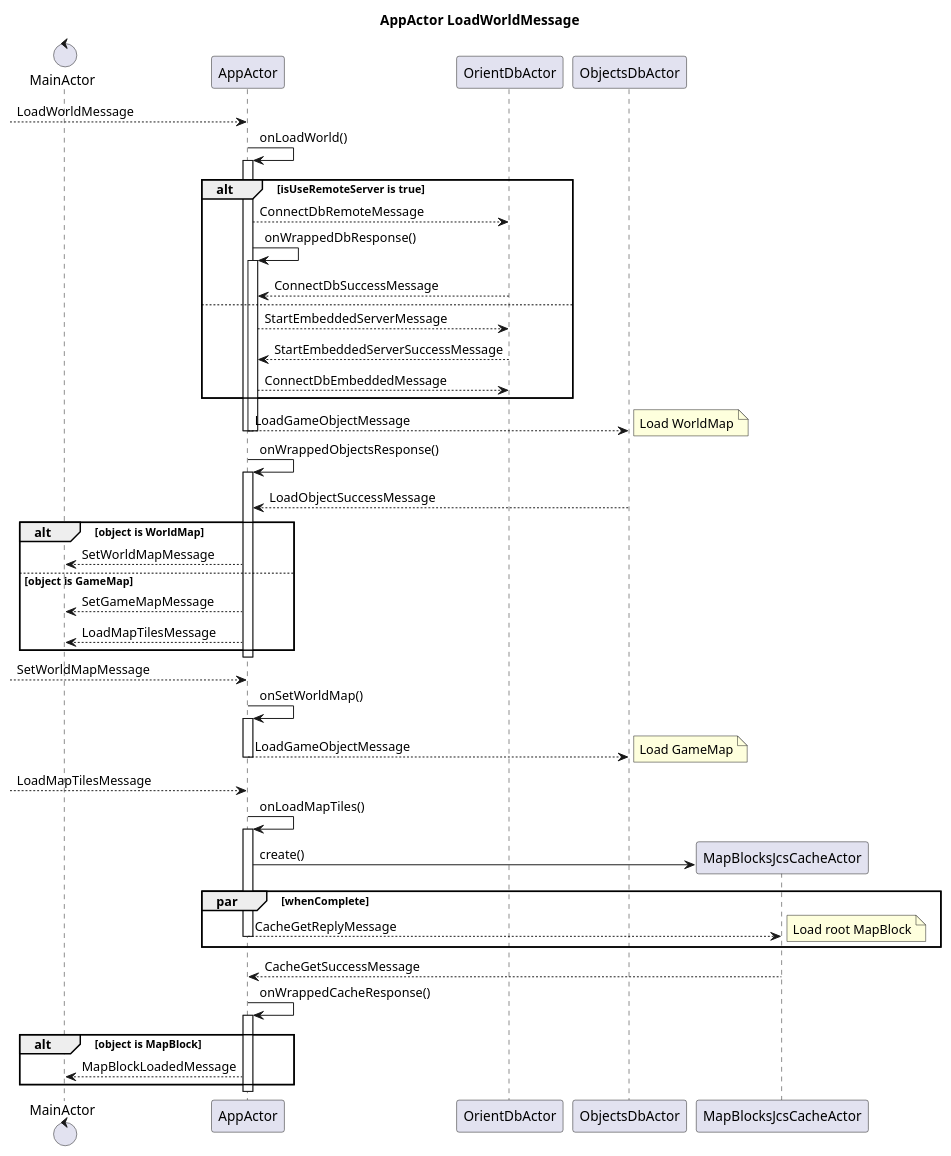
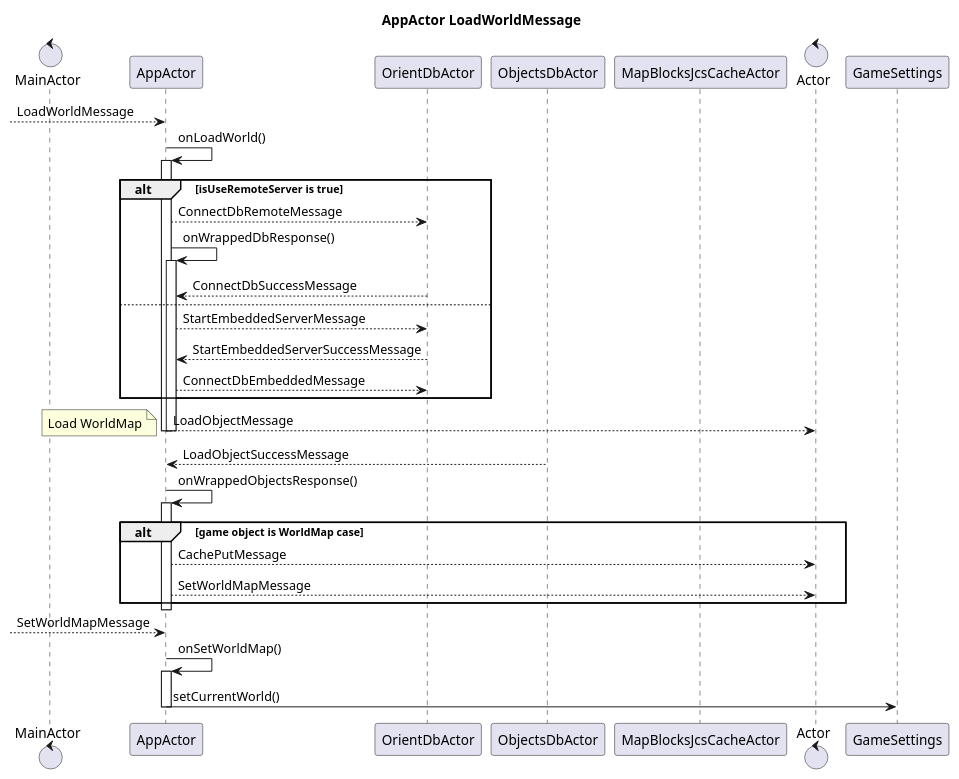
One commit to devent/dwarfhustle-gamemap changed the diagram in dwarfhustle-gamemap-jme/src/main/doc/com/anrisoftware/dwarfhustle/model/db/orientdb/actor/AppActor_LoadWorldMessage.plantuml. Above: the diagram before and after it, drawn with PlantUML. The commit also changed 4 other files, not shown here.

Commit message:
Store map blocks and cache

```diff
--- a/dwarfhustle-gamemap-jme/src/main/doc/com/anrisoftware/dwarfhustle/model/db/orientdb/actor/AppActor_LoadWorldMessage.plantuml
+++ b/dwarfhustle-gamemap-jme/src/main/doc/com/anrisoftware/dwarfhustle/model/db/orientdb/actor/AppActor_LoadWorldMessage.plantuml
@@ -1,59 +1,44 @@
 @startuml
 title AppActor LoadWorldMessage
 
 control MainActor as ma
 participant AppActor as ac
 participant OrientDbActor as orientdba
 participant ObjectsDbActor as objectsdba
 participant MapBlocksJcsCacheActor as mbjca
+control Actor
+participant GameSettings
 
 --> ac : LoadWorldMessage
 
 ac -> ac ++ : onLoadWorld()
-
-alt isUseRemoteServer is true
-ac --> orientdba : ConnectDbRemoteMessage
-ac -> ac ++ : onWrappedDbResponse()
-orientdba --> ac : ConnectDbSuccessMessage
-else
-ac --> orientdba : StartEmbeddedServerMessage
-orientdba --> ac : StartEmbeddedServerSuccessMessage
-ac --> orientdba : ConnectDbEmbeddedMessage
-end
-ac --> objectsdba : LoadGameObjectMessage
-note right: Load WorldMap
-deactivate ac
+    alt isUseRemoteServer is true
+        ac --> orientdba : ConnectDbRemoteMessage
+        ac -> ac ++ : onWrappedDbResponse()
+        orientdba --> ac : ConnectDbSuccessMessage
+    else
+        ac --> orientdba : StartEmbeddedServerMessage
+        orientdba --> ac : StartEmbeddedServerSuccessMessage
+        ac --> orientdba : ConnectDbEmbeddedMessage
+    end
+    ac --> Actor : LoadObjectMessage
+    note left
+    Load WorldMap
+    end note
+    deactivate ac
 deactivate ac
 
-ac -> ac ++ : onWrappedObjectsResponse()
 objectsdba --> ac : LoadObjectSuccessMessage
-alt object is WorldMap
-ac --> ma : SetWorldMapMessage
-else object is GameMap
-ac --> ma : SetGameMapMessage
-ac --> ma : LoadMapTilesMessage
-end
+    ac -> ac ++ : onWrappedObjectsResponse()
+    alt game object is WorldMap case
+    ac --> Actor : CachePutMessage
+    ac --> Actor : SetWorldMapMessage
+    end
 deactivate ac
 
 --> ac : SetWorldMapMessage
 ac -> ac ++ : onSetWorldMap()
-ac --> objectsdba : LoadGameObjectMessage
-note right: Load GameMap
-deactivate ac
-
---> ac : LoadMapTilesMessage
-ac -> ac ++ : onLoadMapTiles()
-ac -> mbjca ** : create()
-par whenComplete
-ac --> mbjca : CacheGetReplyMessage
-note right: Load root MapBlock
-deactivate ac
-end
-mbjca --> ac : CacheGetSuccessMessage
-ac -> ac ++ : onWrappedCacheResponse()
-alt object is MapBlock
-ac --> ma : MapBlockLoadedMessage
-end
+ac -> GameSettings : setCurrentWorld()
 deactivate ac
 
 @enduml
```
